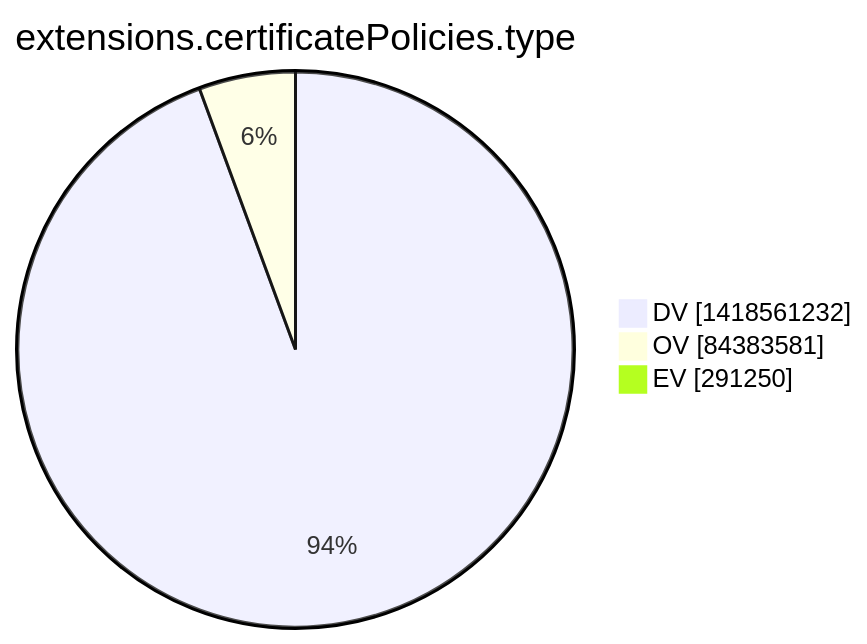
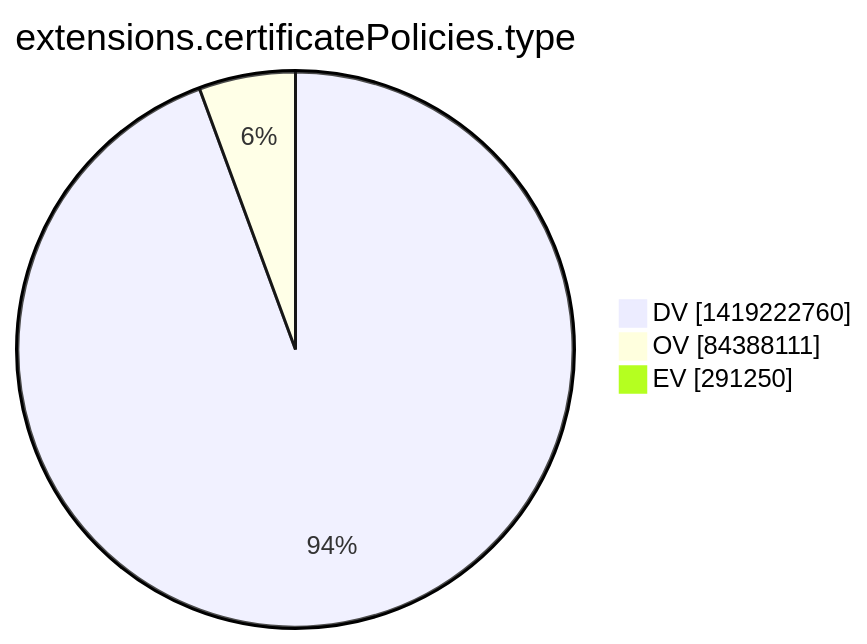
One commit to christiankrug/ctmonitor_visualization changed the tenth of 15 diagrams in argon2022/README.md. Above: the diagram before and after it, drawn with Mermaid. The commit also changed other lines of this file, not shown here.

````diff
--- a/argon2022/README.md
+++ b/argon2022/README.md
@@ -2773,7 +2773,7 @@
 ```mermaid
 pie showData
 title extensions.certificatePolicies.type
-"DV" :1418561232
-"OV" :84383581
+"DV" :1419222760
+"OV" :84388111
 "EV" :291250
 ```
````
